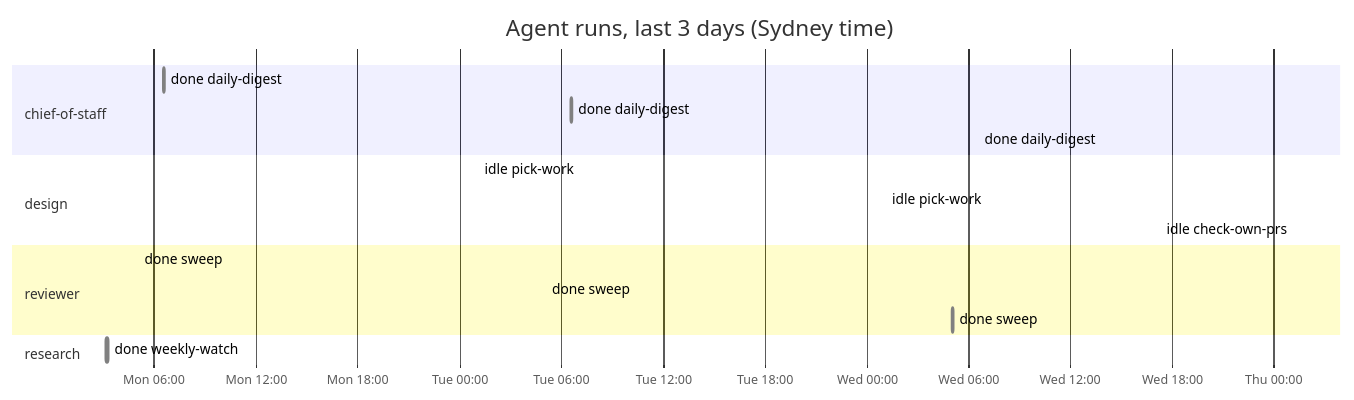
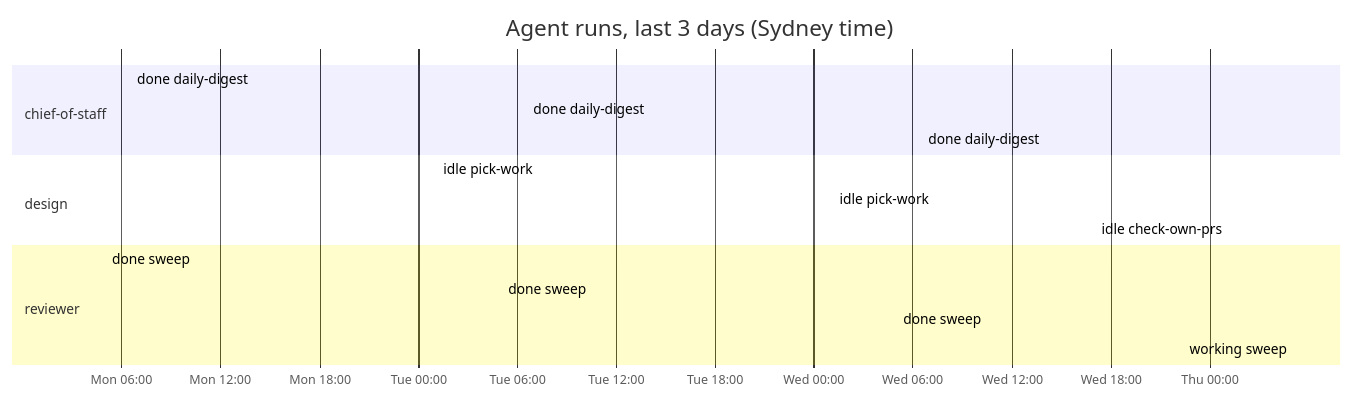
The diagram in dashboard.md (roulmediateam-byte/fifteen-expert-hq), drawn with Mermaid before and after one commit. The commit also changed other lines of this file and 1 other file, not shown here.

````diff
--- a/dashboard.md
+++ b/dashboard.md
@@ -53,20 +53,19 @@
 ```mermaid
 gantt
     title Agent runs, last 3 days (Sydney time)
     dateFormat YYYY-MM-DD HH:mm
     axisFormat %a %H:%M
     section chief-of-staff
     done daily-digest :done, 2026-11-23 06:35, 2026-11-23 06:36
     done daily-digest :done, 2026-11-24 06:35, 2026-11-24 06:37
     done daily-digest :done, 2026-11-25 06:34, 2026-11-25 06:35
     section design
     idle pick-work :done, 2026-11-24 01:09, 2026-11-24 01:09
     idle pick-work :done, 2026-11-25 01:09, 2026-11-25 01:09
     idle check-own-prs :done, 2026-11-26 01:09, 2026-11-26 01:09
     section reviewer
     done sweep :done, 2026-11-23 05:04, 2026-11-23 05:06
     done sweep :done, 2026-11-24 05:05, 2026-11-24 05:06
     done sweep :done, 2026-11-25 05:04, 2026-11-25 05:05
-    section research
-    done weekly-watch :done, 2026-11-23 03:10, 2026-11-23 03:17
+    working sweep :active, 2026-11-26 05:05, 2026-11-26 05:05
 ```
````
